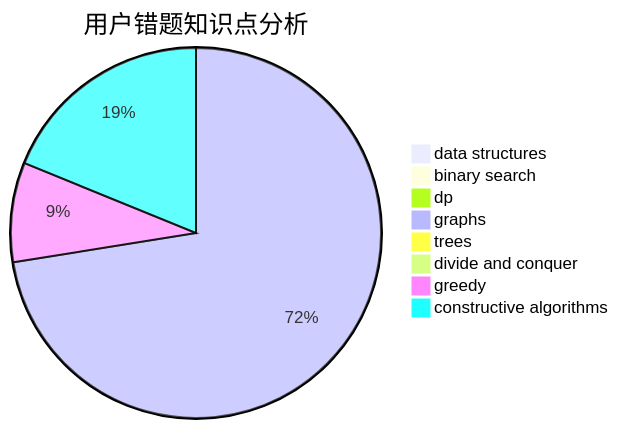
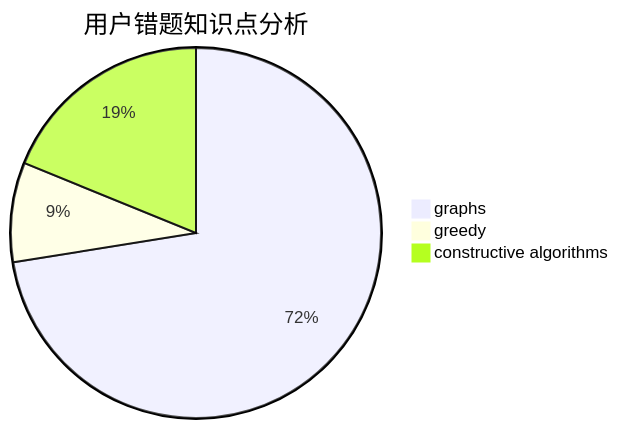
One commit to sherpahu/cfrs.github.io changed the third of 3 diagrams in docs/user/u1483.md. Above: the diagram before and after it, drawn with Mermaid. The commit also changed other lines of this file and 2770 other files, not shown here.

````diff
--- a/docs/user/u1483.md
+++ b/docs/user/u1483.md
@@ -31,11 +29,6 @@
 ```mermaid
 pie title 用户错题知识点分析
-    "data structures" :  0
-    "binary search" :  0
-    "dp" :  0
     "graphs" :  50
-    "trees" :  0
-    "divide and conquer" :  0
     "greedy" :  6
     "constructive algorithms" :  13
 ```
````
